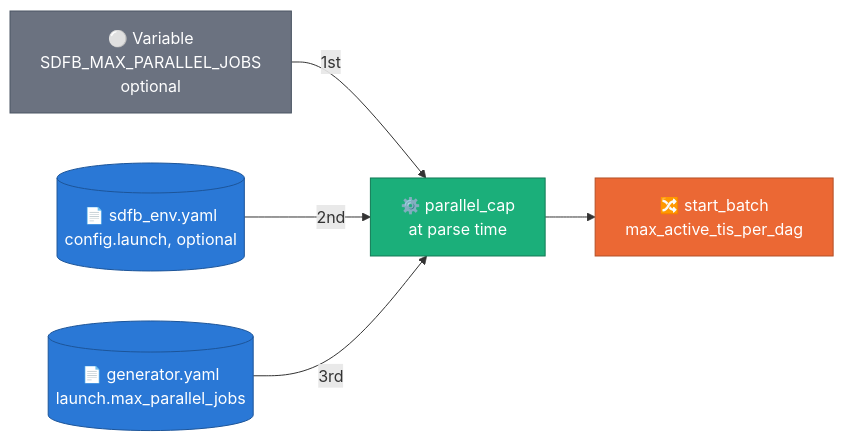
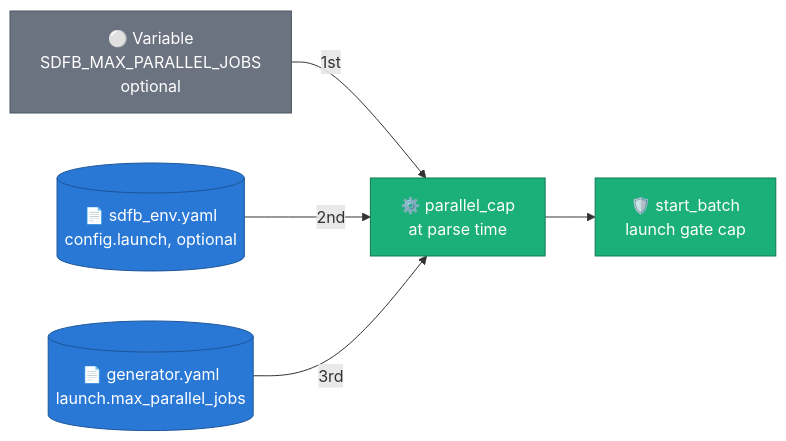
One commit to albertols/synthetic-llm-dataflow-bigquery changed the eighth of 14 diagrams in docs/adr/0045-whole-model-launches.md. Above: the diagram before and after it, drawn with Mermaid. The commit also changed other lines of this file and 9 other files, not shown here.

````diff
--- a/docs/adr/0045-whole-model-launches.md
+++ b/docs/adr/0045-whole-model-launches.md
@@ -356,18 +357,18 @@
 ```mermaid
 flowchart LR
   classDef beam  fill:#eb6834,color:#fff,stroke:#b44f26
   classDef cpu   fill:#1baf7a,color:#fff,stroke:#127a55
   classDef gpu   fill:#7a3fd1,color:#fff,stroke:#5a2f9d
   classDef store fill:#2a78d6,color:#fff,stroke:#1d5599
   classDef data  fill:#6b7280,color:#fff,stroke:#4b5563
 
   Y[("📄 generator.yaml<br/>launch.max_parallel_jobs")]:::store
   O[("📄 sdfb_env.yaml<br/>config.launch, optional")]:::store
   V["⚪ Variable<br/>SDFB_MAX_PARALLEL_JOBS<br/>optional"]:::data
   C["⚙️ parallel_cap<br/>at parse time"]:::cpu
-  M["🔀 start_batch<br/>max_active_tis_per_dag"]:::beam
+  M["🛡️ start_batch<br/>launch gate cap"]:::cpu
   V -->|"1st"| C
   O -->|"2nd"| C
   Y -->|"3rd"| C
   C --> M
 ```
````
